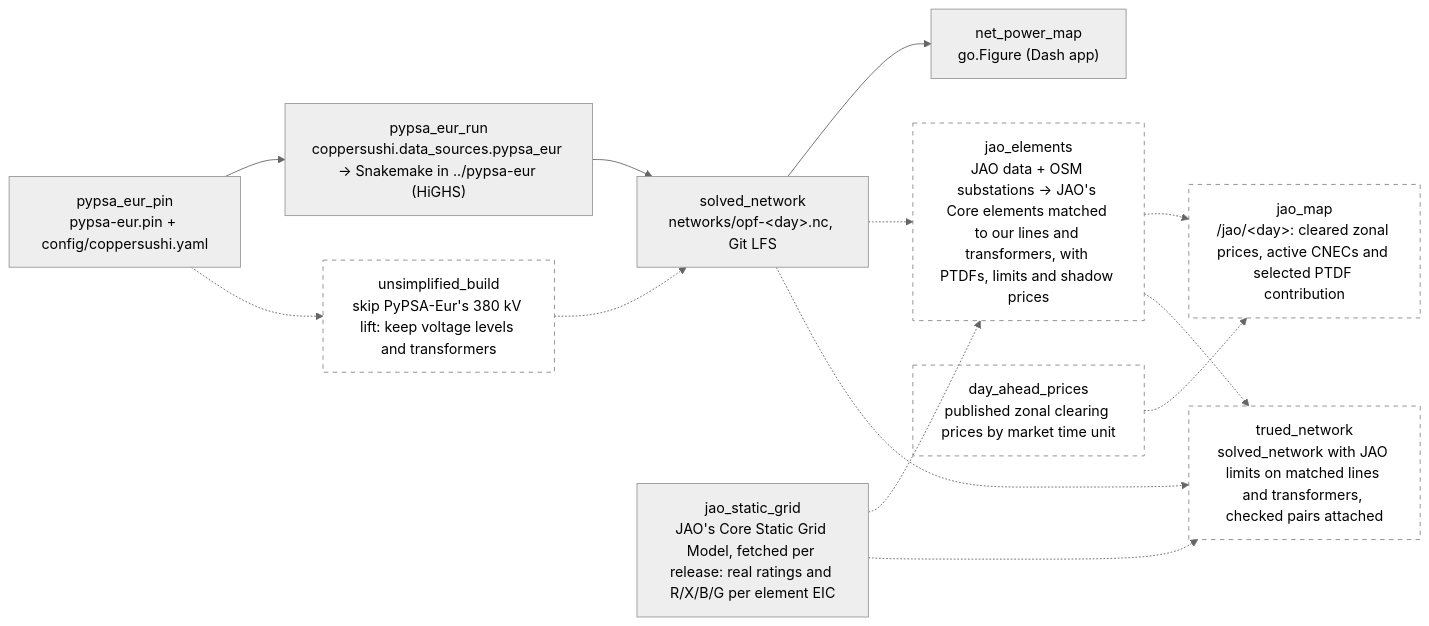
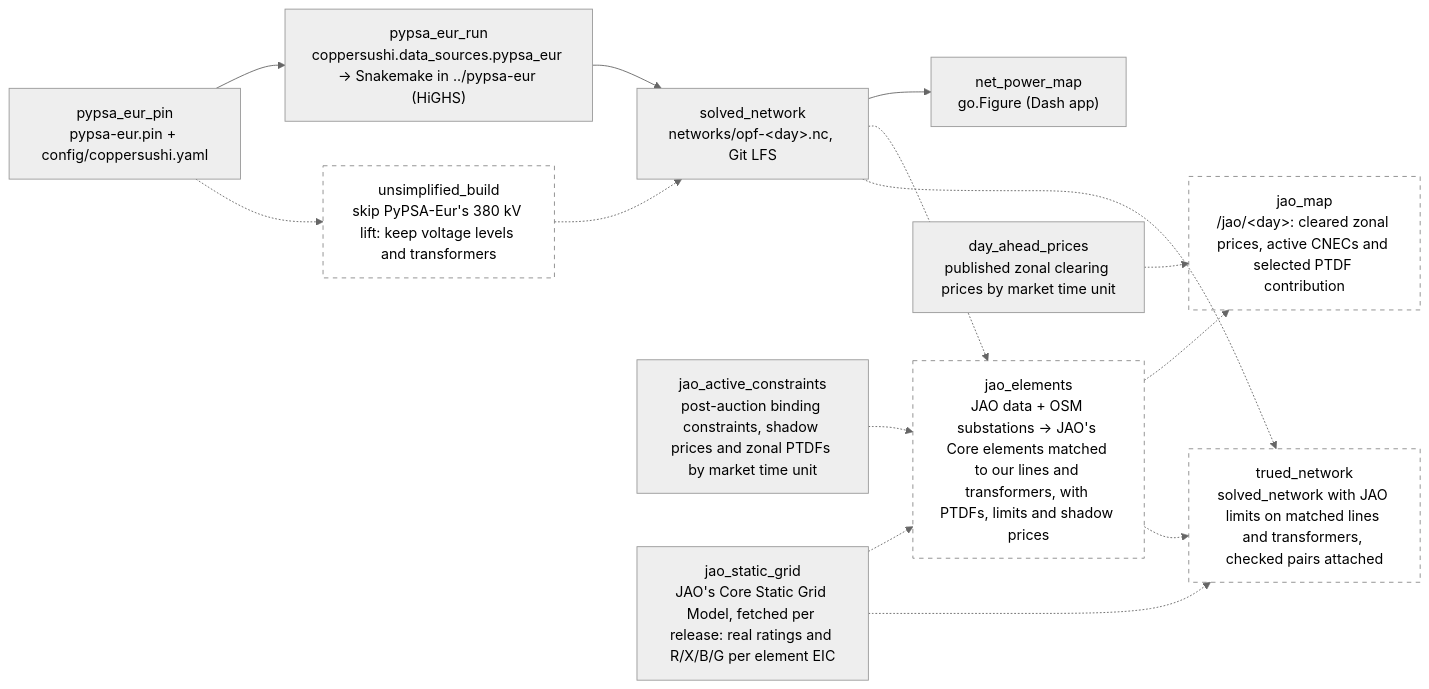
Before and after one commit to zoltanmaric/coppersushi: the diagram in wiki/sushi-2.md, drawn with Mermaid (neutral theme). The commit also changed 21 other files, not shown here.

First line of the commit message:
Load active constraints and cleared zonal prices (#76)

````diff
--- a/wiki/sushi-2.md
+++ b/wiki/sushi-2.md
@@ -16,31 +16,33 @@
 ```mermaid
 flowchart LR
     classDef planned stroke-dasharray: 5 5,stroke:#888,fill:none
 
     net_power_map["net_power_map<br/>go.Figure (Dash app)"]
 
     pypsa_eur_pin["pypsa_eur_pin<br/>pypsa-eur.pin + config/coppersushi.yaml"]
     pypsa_eur_run["pypsa_eur_run<br/>coppersushi.data_sources.pypsa_eur → Snakemake in ../pypsa-eur (HiGHS)"]
     solved_network["solved_network<br/>networks/opf-&lt;day&gt;.nc, Git LFS"]
+    jao_active_constraints["jao_active_constraints<br/>post-auction binding constraints, shadow prices and zonal PTDFs by market time unit"]
 
     jao_static_grid["jao_static_grid<br/>JAO's Core Static Grid Model, fetched per release: real ratings and R/X/B/G per element EIC"]
 
     unsimplified["unsimplified_build<br/>skip PyPSA-Eur's 380 kV lift: keep voltage levels and transformers"]:::planned
     jao_elements["jao_elements<br/>JAO data + OSM substations → JAO's Core elements matched to our lines and transformers, with PTDFs, limits and shadow prices"]:::planned
-    day_ahead_prices["day_ahead_prices<br/>published zonal clearing prices by market time unit"]:::planned
+    day_ahead_prices["day_ahead_prices<br/>published zonal clearing prices by market time unit"]
     jao_map["jao_map<br/>/jao/&lt;day&gt;: cleared zonal prices, active CNECs and selected PTDF contribution"]:::planned
     trued_network["trued_network<br/>solved_network with JAO limits on matched lines and transformers, checked pairs attached"]:::planned
 
     pypsa_eur_pin --> pypsa_eur_run
     pypsa_eur_pin -.-> unsimplified
     unsimplified -.-> solved_network
     pypsa_eur_run --> solved_network
     solved_network --> net_power_map
     solved_network -.-> jao_elements
     jao_static_grid -.-> jao_elements
     jao_static_grid -.-> trued_network
+    jao_active_constraints -.-> jao_elements
     jao_elements -.-> jao_map
     day_ahead_prices -.-> jao_map
     jao_elements -.-> trued_network
     solved_network -.-> trued_network
 ```
````
